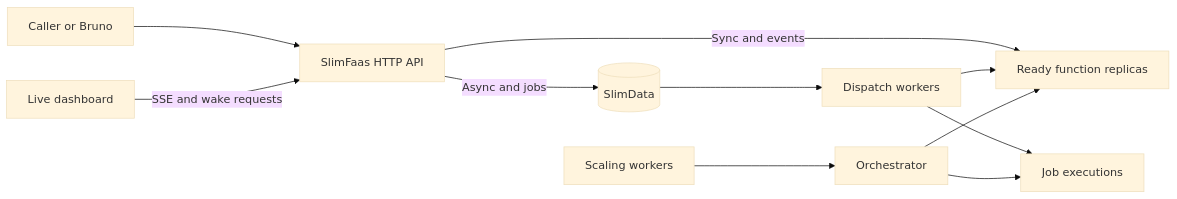
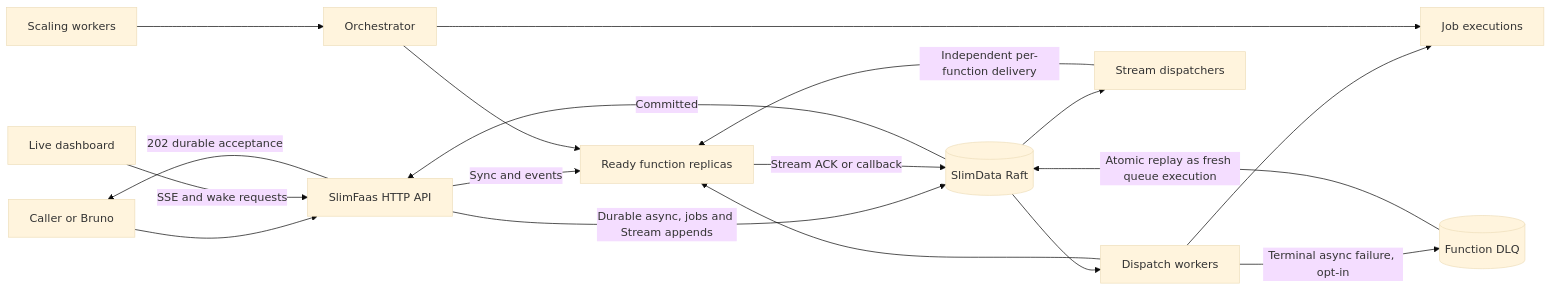
One commit to SlimPlanet/SlimFaas changed the first of 7 diagrams in docs/how-it-works.md. Above: the diagram before and after it, drawn with Mermaid (base theme). The commit also changed other lines of this file and 46 other files, not shown here.

First line of the commit message:
Organize async messaging docs and accept Stream publications with HTTP 202

````diff
--- a/docs/how-it-works.md
+++ b/docs/how-it-works.md
@@ -79,13 +79,20 @@
 ```mermaid
 flowchart LR
     Caller[Caller or Bruno] --> Gateway[SlimFaas HTTP API]
     UI[Live dashboard] -->|SSE and wake requests| Gateway
     Gateway -->|Sync and events| Functions[Ready function replicas]
-    Gateway -->|Async and jobs| Data[(SlimData)]
+    Gateway -->|Durable async, jobs and Stream appends| Data[(SlimData Raft)]
+    Data -->|Committed| Gateway
+    Gateway -->|202 durable acceptance| Caller
     Data --> Workers[Dispatch workers]
     Workers --> Functions
     Workers --> Jobs[Job executions]
+    Workers -->|Terminal async failure, opt-in| DLQ[(Function DLQ)]
+    DLQ -->|Atomic replay as fresh queue execution| Data
+    Data --> Streams[Stream dispatchers]
+    Streams -->|Independent per-function delivery| Functions
+    Functions -->|Stream ACK or callback| Data
     Scale[Scaling workers] --> Orchestrator[Orchestrator]
     Orchestrator --> Functions
     Orchestrator --> Jobs
 ```
````
